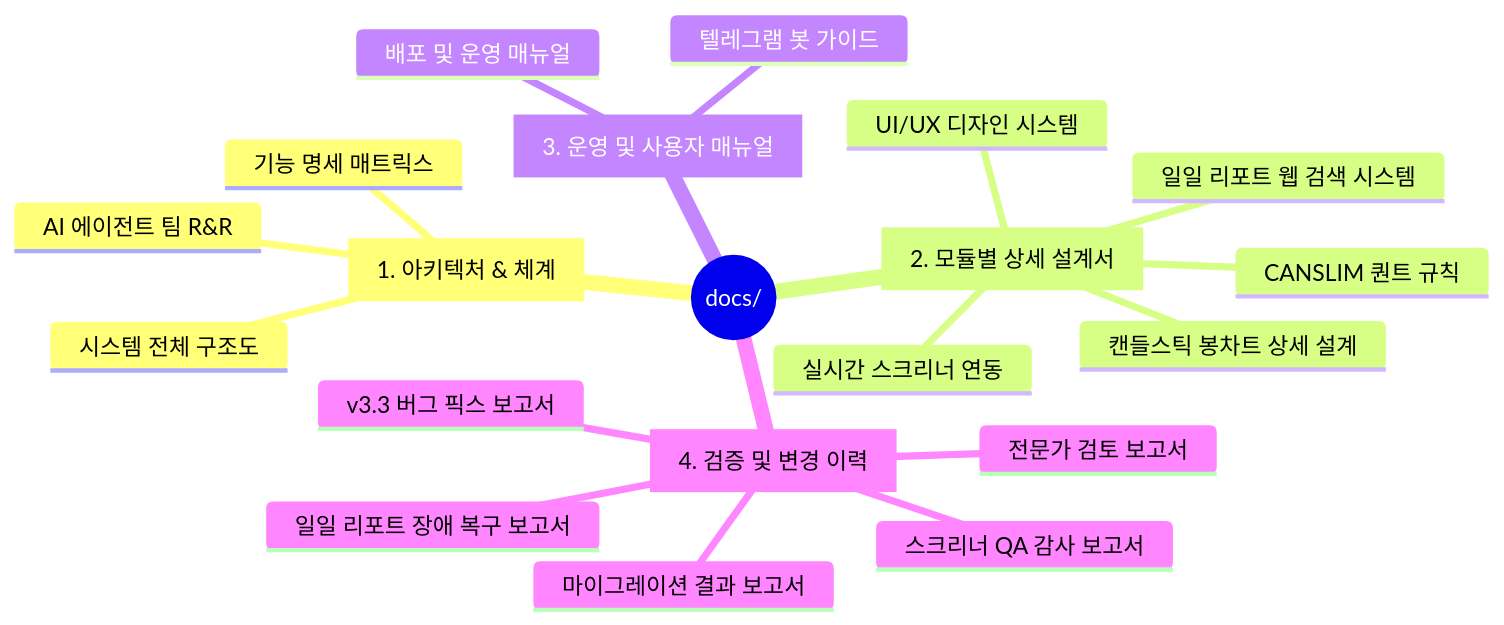
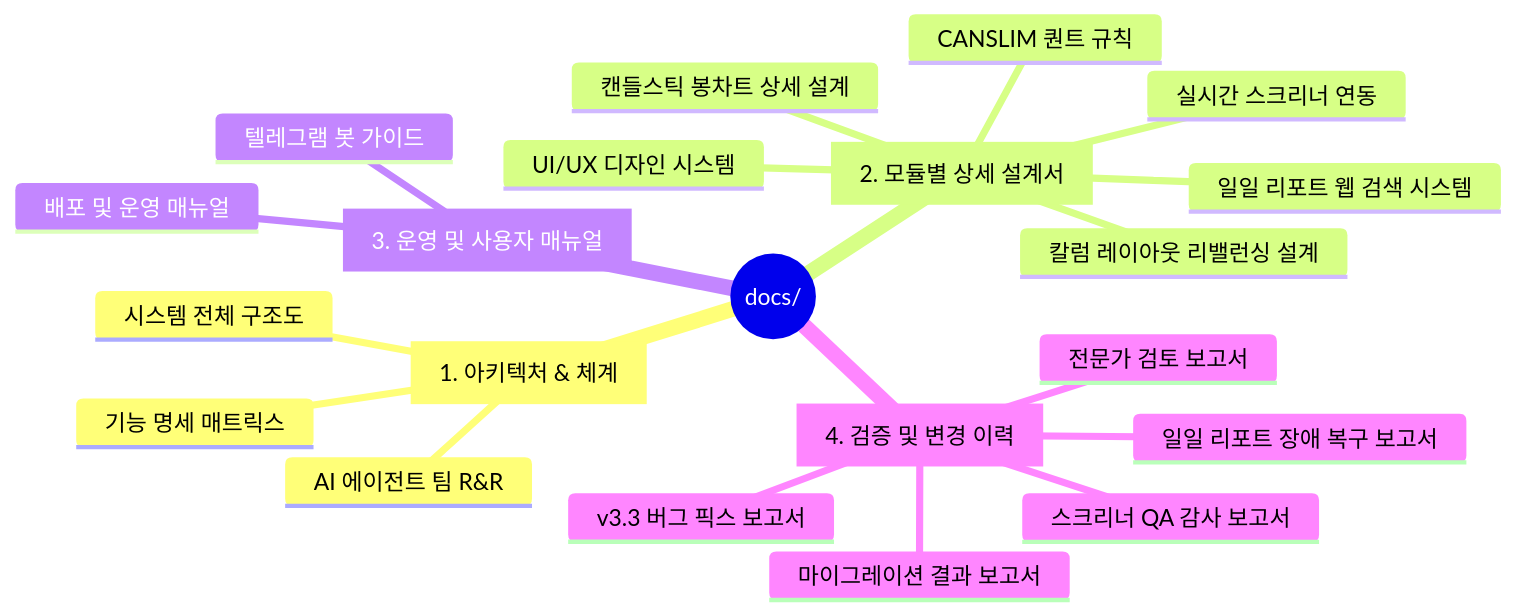
Before and after one commit to bhlim92/stockRecommend: the diagram in docs/README.md, drawn with Mermaid. The commit also changed other lines of this file and 3 other files, not shown here.

````diff
--- a/docs/README.md
+++ b/docs/README.md
@@ -9,23 +9,24 @@
 ```mermaid
 mindmap
   root((docs/))
     1_architecture[1. 아키텍처 & 체계]
       시스템 전체 구조도
       AI 에이전트 팀 R&R
       기능 명세 매트릭스
     2_design[2. 모듈별 상세 설계서]
       UI/UX 디자인 시스템
       CANSLIM 퀀트 규칙
       실시간 스크리너 연동
       일일 리포트 웹 검색 시스템
       캔들스틱 봉차트 상세 설계
+      칼럼 레이아웃 리밸런싱 설계
     3_manual[3. 운영 및 사용자 매뉴얼]
       배포 및 운영 매뉴얼
       텔레그램 봇 가이드
     4_reports[4. 검증 및 변경 이력]
       스크리너 QA 감사 보고서
       v3.3 버그 픽스 보고서
       일일 리포트 장애 복구 보고서
       전문가 검토 보고서
       마이그레이션 결과 보고서
 ```
````
